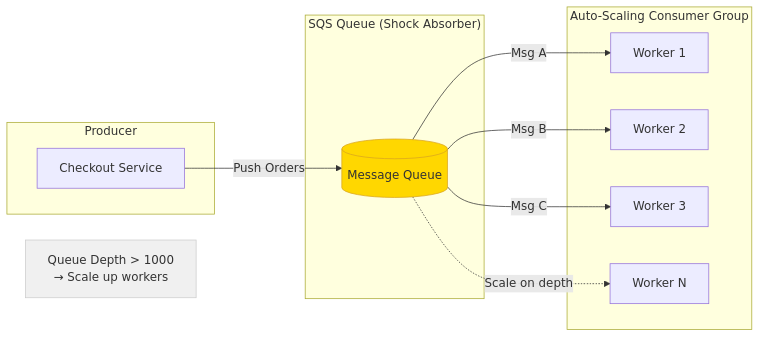
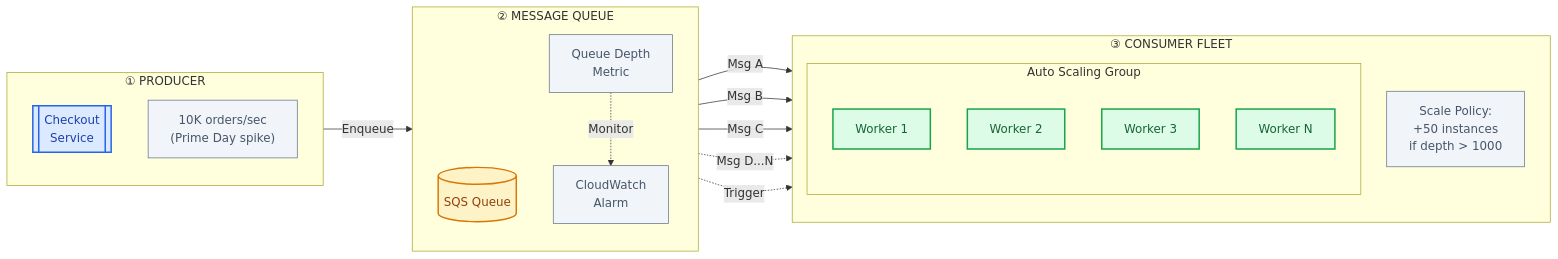
The first of 3 diagrams in gemini-responses/asynchronous-queues-vs-pubsub-20260120-1240.md (udaytamma/Cyrus), drawn with Mermaid before and after one commit. The commit also changed other lines of this file and 28 other files, not shown here.

First line of the commit message:
Upgrade Knowledge Base Mermaid diagrams to professional styling

````diff
--- a/gemini-responses/asynchronous-queues-vs-pubsub-20260120-1240.md
+++ b/gemini-responses/asynchronous-queues-vs-pubsub-20260120-1240.md
@@ -71,28 +71,45 @@
 ```mermaid
 flowchart LR
-    subgraph Producer
-        P[Checkout Service]
+    subgraph PROD["① PRODUCER"]
+        direction TB
+        P[["Checkout<br/>Service"]]
+        Rate["10K orders/sec<br/>(Prime Day spike)"]
     end
 
-    subgraph Queue["SQS Queue (Shock Absorber)"]
-        Q[(Message Queue)]
+    subgraph QUEUE["② MESSAGE QUEUE"]
+        direction TB
+        Q[("SQS Queue")]
+        Depth["Queue Depth<br/>Metric"]
+        CW["CloudWatch<br/>Alarm"]
     end
 
-    subgraph Consumers["Auto-Scaling Consumer Group"]
-        C1[Worker 1]
-        C2[Worker 2]
-        C3[Worker 3]
-        Cn[Worker N]
+    subgraph CONSUMERS["③ CONSUMER FLEET"]
+        direction TB
+        subgraph ASG["Auto Scaling Group"]
+            C1["Worker 1"]
+            C2["Worker 2"]
+            C3["Worker 3"]
+            Cn["Worker N"]
+        end
+        Scale["Scale Policy:<br/>+50 instances<br/>if depth > 1000"]
     end
 
-    P -->|"Push Orders"| Q
+    P -->|"Enqueue"| Q
     Q -->|"Msg A"| C1
     Q -->|"Msg B"| C2
     Q -->|"Msg C"| C3
-    Q -.->|"Scale on depth"| Cn
+    Q -.->|"Msg D...N"| Cn
+    Depth -.->|"Monitor"| CW
+    CW -.->|"Trigger"| Scale
 
-    Note1["Queue Depth > 1000<br/>→ Scale up workers"]
+    %% Theme-compatible styling
+    classDef producer fill:#dbeafe,stroke:#2563eb,color:#1e40af,stroke-width:2px
+    classDef queue fill:#fef3c7,stroke:#d97706,color:#92400e,stroke-width:2px
+    classDef consumer fill:#dcfce7,stroke:#16a34a,color:#166534,stroke-width:2px
+    classDef metric fill:#f1f5f9,stroke:#64748b,color:#475569,stroke-width:1px
 
-    style Q fill:#FFD700,stroke:#DAA520
-    style Note1 fill:#f0f0f0,stroke:#ccc
+    class P producer
+    class Q queue
+    class C1,C2,C3,Cn consumer
+    class Rate,Depth,CW,Scale metric
 ```
````
